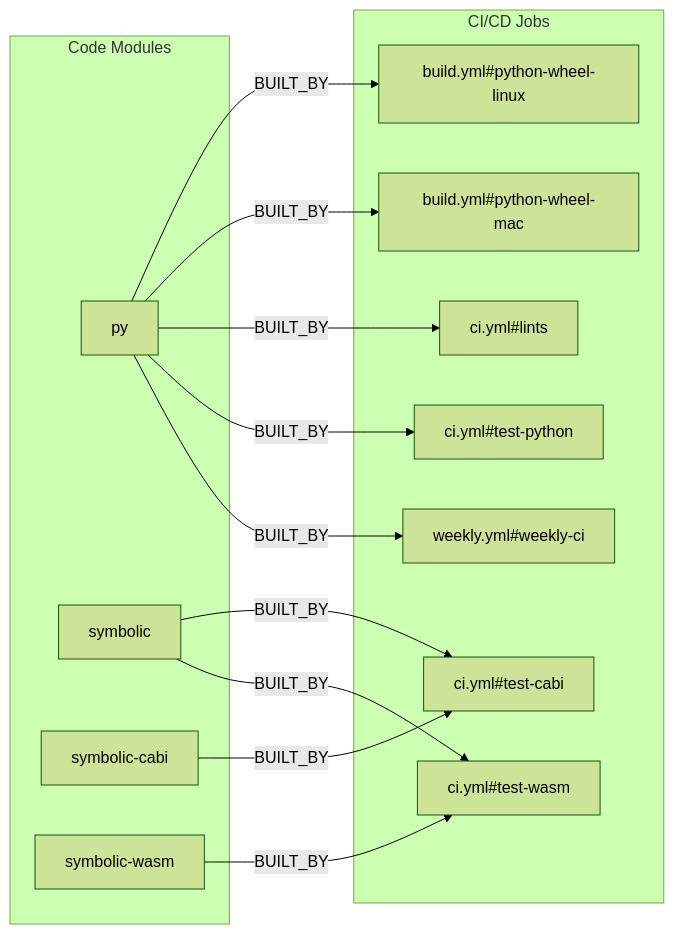
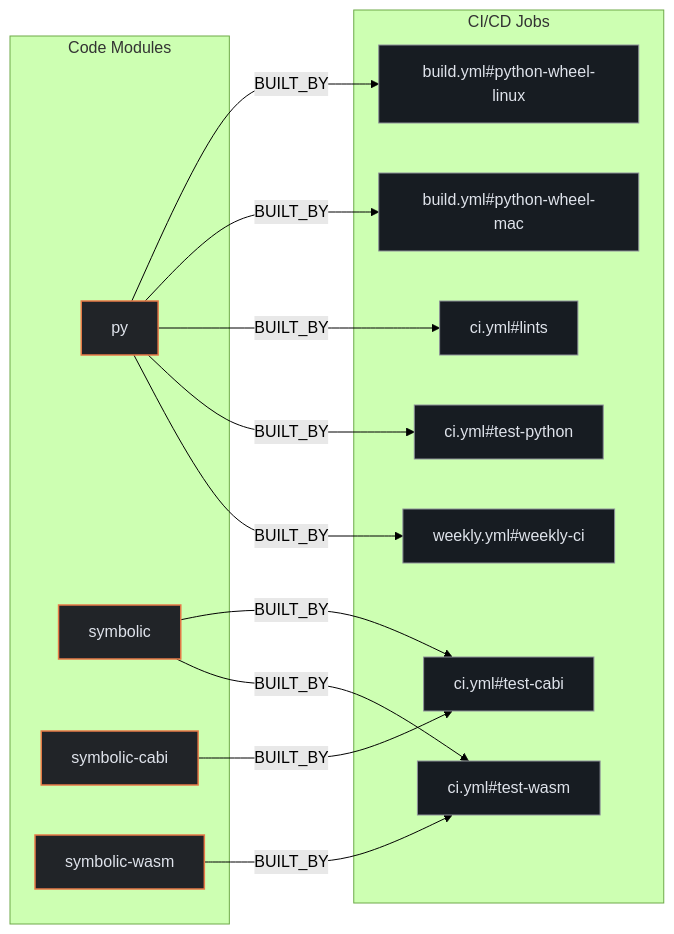
The second of 3 diagrams in exports/latest/reports/getsentry-symbolic-report.md (kumarshaz/atruss-code-atlas), drawn with Mermaid (forest theme) before and after one commit. The commit also changed other lines of this file and 331 other files, not shown here.

Commit message:
docs,ui,fix: update SDLC docs, reorder CI/CD DAG first, stylize Mermaid, and fix Arc42 pipeline topology

````diff
--- a/exports/latest/reports/getsentry-symbolic-report.md
+++ b/exports/latest/reports/getsentry-symbolic-report.md
@@ -247,27 +254,31 @@
 ```mermaid
 flowchart LR
+    classDef atlasCategory fill:#212428,stroke:#E87A48,stroke-width:1.5px,color:#dfe3eb
+    classDef atlasWorkflow fill:#1b2026,stroke:#a3c9ff,stroke-width:1.5px,color:#dfe3eb
+    classDef atlasJob fill:#171c22,stroke:#8d9199,stroke-width:1px,color:#dfe3eb
+    classDef atlasTarget fill:#005227,stroke:#8bd99b,stroke-width:1.5px,color:#a7f6b6
     subgraph code_modules["Code Modules"]
-        mod_py["py"]
-        mod_symbolic["symbolic"]
-        mod_symbolic_cabi["symbolic-cabi"]
-        mod_symbolic_wasm["symbolic-wasm"]
+        mod_py["py"]:::atlasCategory
+        mod_symbolic["symbolic"]:::atlasCategory
+        mod_symbolic_cabi["symbolic-cabi"]:::atlasCategory
+        mod_symbolic_wasm["symbolic-wasm"]:::atlasCategory
     end
     subgraph ci_jobs["CI/CD Jobs"]
-        job_build_yml_python_wheel_linux["build.yml#python-wheel-linux"]
-        job_build_yml_python_wheel_mac["build.yml#python-wheel-mac"]
-        job_ci_yml_lints["ci.yml#lints"]
-        job_ci_yml_test_cabi["ci.yml#test-cabi"]
-        job_ci_yml_test_python["ci.yml#test-python"]
-        job_ci_yml_test_wasm["ci.yml#test-wasm"]
-        job_weekly_yml_weekly_ci["weekly.yml#weekly-ci"]
+        job_build_yml_python_wheel_linux["build.yml#python-wheel-linux"]:::atlasJob
+        job_build_yml_python_wheel_mac["build.yml#python-wheel-mac"]:::atlasJob
+        job_ci_yml_lints["ci.yml#lints"]:::atlasJob
+        job_ci_yml_test_cabi["ci.yml#test-cabi"]:::atlasJob
+        job_ci_yml_test_python["ci.yml#test-python"]:::atlasJob
+        job_ci_yml_test_wasm["ci.yml#test-wasm"]:::atlasJob
+        job_weekly_yml_weekly_ci["weekly.yml#weekly-ci"]:::atlasJob
     end
     mod_py -->|BUILT_BY| job_build_yml_python_wheel_linux
     mod_py -->|BUILT_BY| job_build_yml_python_wheel_mac
     mod_py -->|BUILT_BY| job_ci_yml_lints
     mod_py -->|BUILT_BY| job_ci_yml_test_python
     mod_py -->|BUILT_BY| job_weekly_yml_weekly_ci
     mod_symbolic -->|BUILT_BY| job_ci_yml_test_cabi
     mod_symbolic -->|BUILT_BY| job_ci_yml_test_wasm
     mod_symbolic_cabi -->|BUILT_BY| job_ci_yml_test_cabi
     mod_symbolic_wasm -->|BUILT_BY| job_ci_yml_test_wasm
 ```
````
